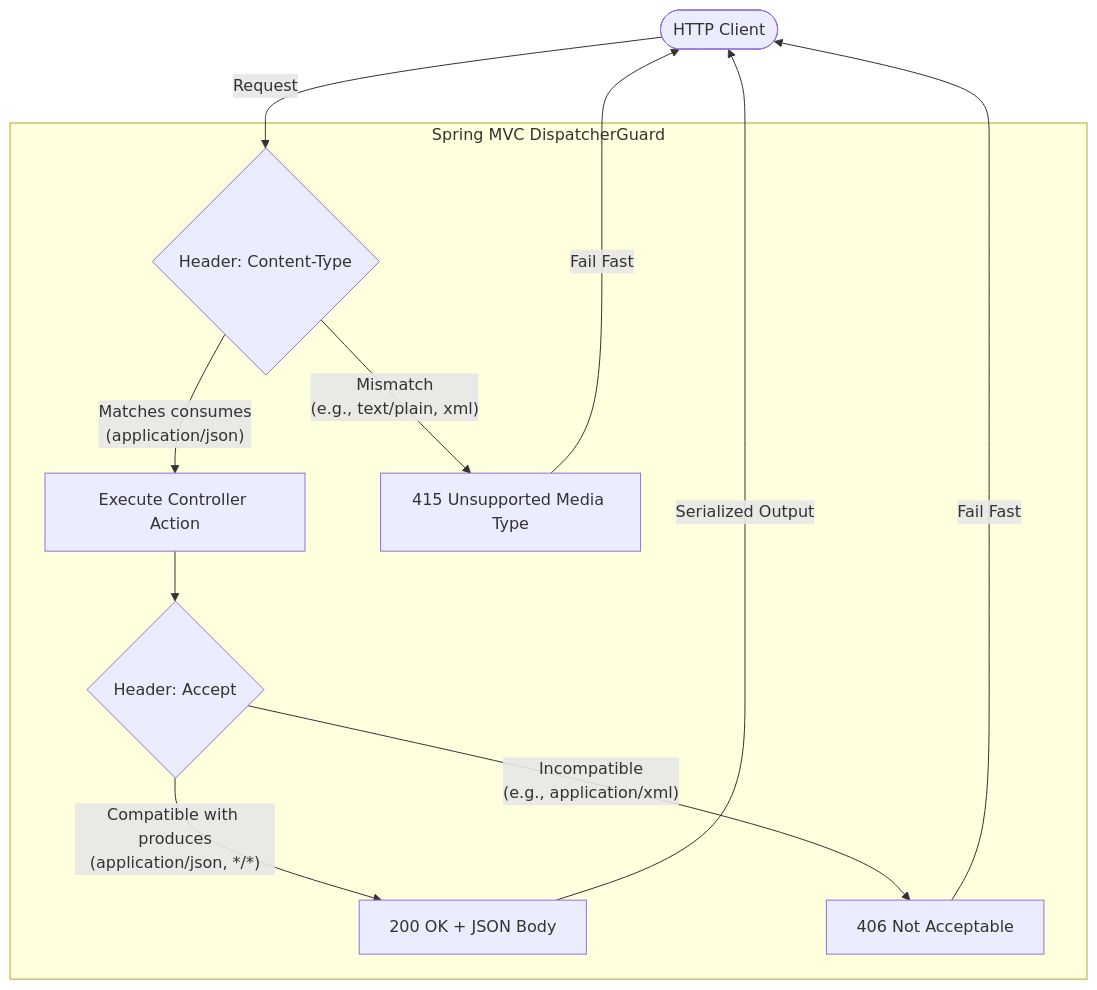
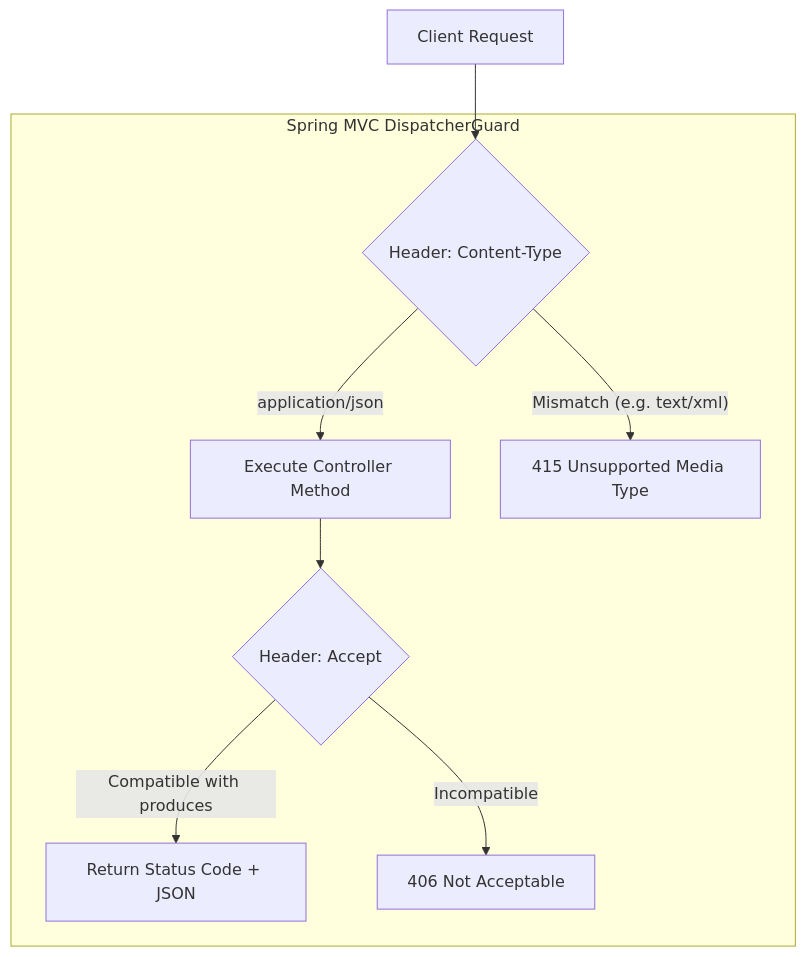
Before and after one commit to parvagr247/data-enrichment-ai-intelligence: the diagram in docs/learning/01-http-api-design-and-media-types.md, drawn with Mermaid. The commit also changed other lines of this file and 200 other files, not shown here.

````diff
--- a/docs/learning/01-http-api-design-and-media-types.md
+++ b/docs/learning/01-http-api-design-and-media-types.md
@@ -11,17 +32,13 @@
 ```mermaid
 flowchart TD
-    Client(["HTTP Client"]) -->|Request| InboundCheck{"Header: Content-Type"}
+    Client["Client Request"] --> InboundCheck{"Header: Content-Type"}
     
     subgraph Spring_Controller_Guard ["Spring MVC DispatcherGuard"]
-        InboundCheck -->|"Matches consumes<br>(application/json)"| ExecuteLogic["Execute Controller Action"]
-        InboundCheck -->|"Mismatch<br>(e.g., text/plain, xml)"| Reject415["415 Unsupported Media Type"]
+        InboundCheck -->|"application/json"| Exec["Execute Controller Method"]
+        InboundCheck -->|"Mismatch (e.g. text/xml)"| Reject415["415 Unsupported Media Type"]
         
-        ExecuteLogic --> OutboundCheck{"Header: Accept"}
-        OutboundCheck -->|"Compatible with produces<br>(application/json, */*)"| Return200["200 OK + JSON Body"]
-        OutboundCheck -->|"Incompatible<br>(e.g., application/xml)"| Reject406["406 Not Acceptable"]
+        Exec --> OutboundCheck{"Header: Accept"}
+        OutboundCheck -->|"Compatible with produces"| ReturnJSON["Return Status Code + JSON"]
+        OutboundCheck -->|"Incompatible"| Reject406["406 Not Acceptable"]
     end
-    
-    Reject415 -->|Fail Fast| Client
-    Reject406 -->|Fail Fast| Client
-    Return200 -->|Serialized Output| Client
 ```
````
